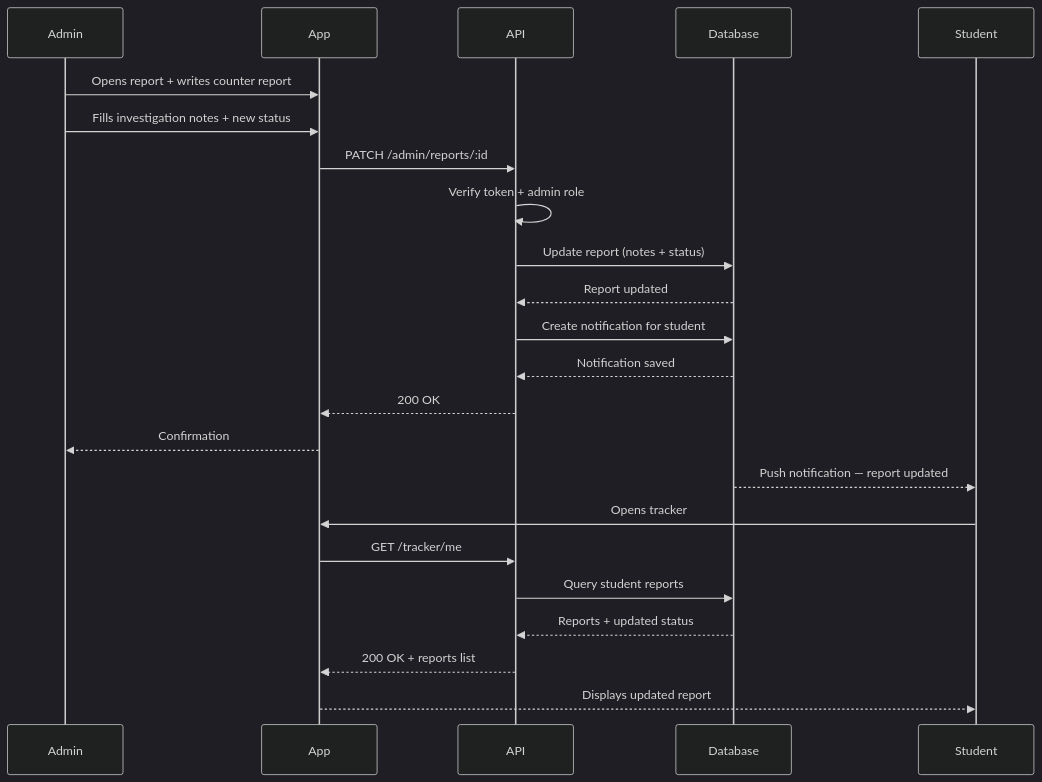
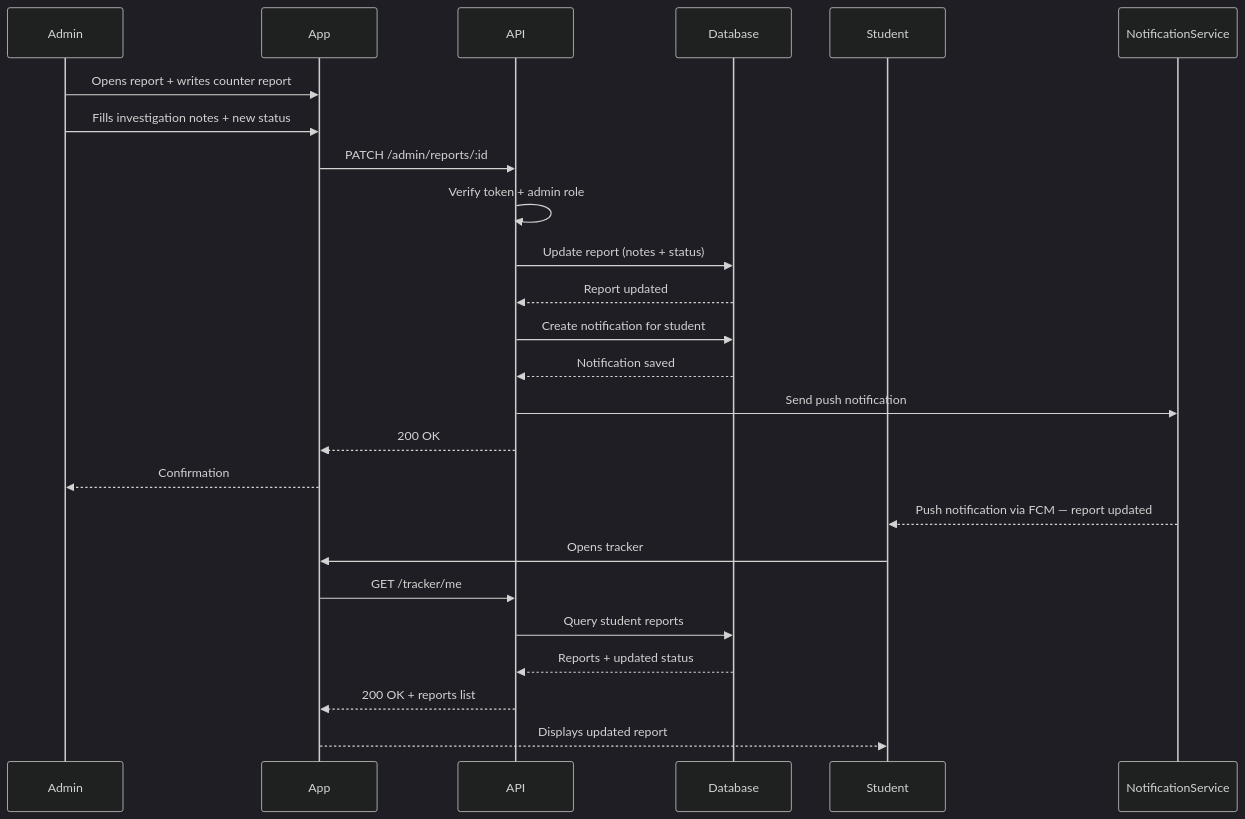
Before and after one commit to Alistair31/Portfolio-Project: the fifth of 5 diagrams in Stage3_technical_documentation.md, drawn with Mermaid (dark theme). The commit also changed other lines of this file, not shown here.

Commit message:
fix: add class diagram section and improve technical documentation clarity

````diff
--- a/Stage3_technical_documentation.md
+++ b/Stage3_technical_documentation.md
@@ -203,27 +335,28 @@
 ```mermaid
 sequenceDiagram
     participant Admin
     participant App
     participant API
     participant Database
     participant Student
 
     Admin->>App: Opens report + writes counter report
     Admin->>App: Fills investigation notes + new status
     App->>API: PATCH /admin/reports/:id
     API->>API: Verify token + admin role
     API->>Database: Update report (notes + status)
     Database-->>API: Report updated
     API->>Database: Create notification for student
     Database-->>API: Notification saved
+    API->>NotificationService: Send push notification
     API-->>App: 200 OK
     App-->>Admin: Confirmation
 
-    Database-->>Student: Push notification — report updated
+    NotificationService-->>Student: Push notification via FCM — report updated
     Student->>App: Opens tracker
     App->>API: GET /tracker/me
     API->>Database: Query student reports
     Database-->>API: Reports + updated status
     API-->>App: 200 OK + reports list
     App-->>Student: Displays updated report
 ```
````
